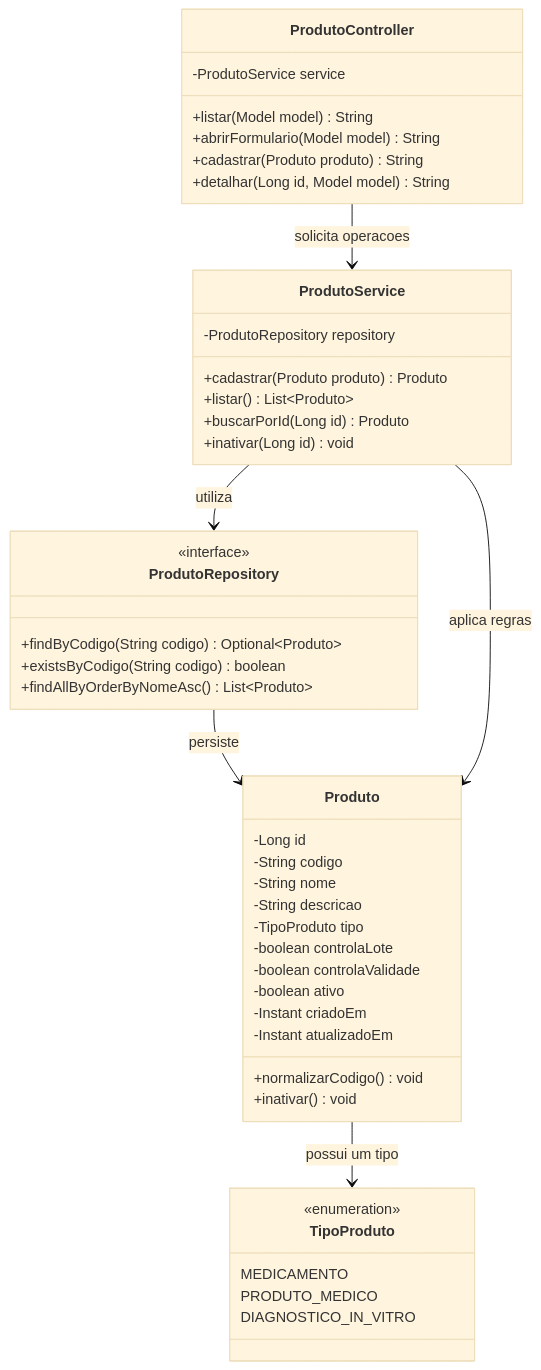
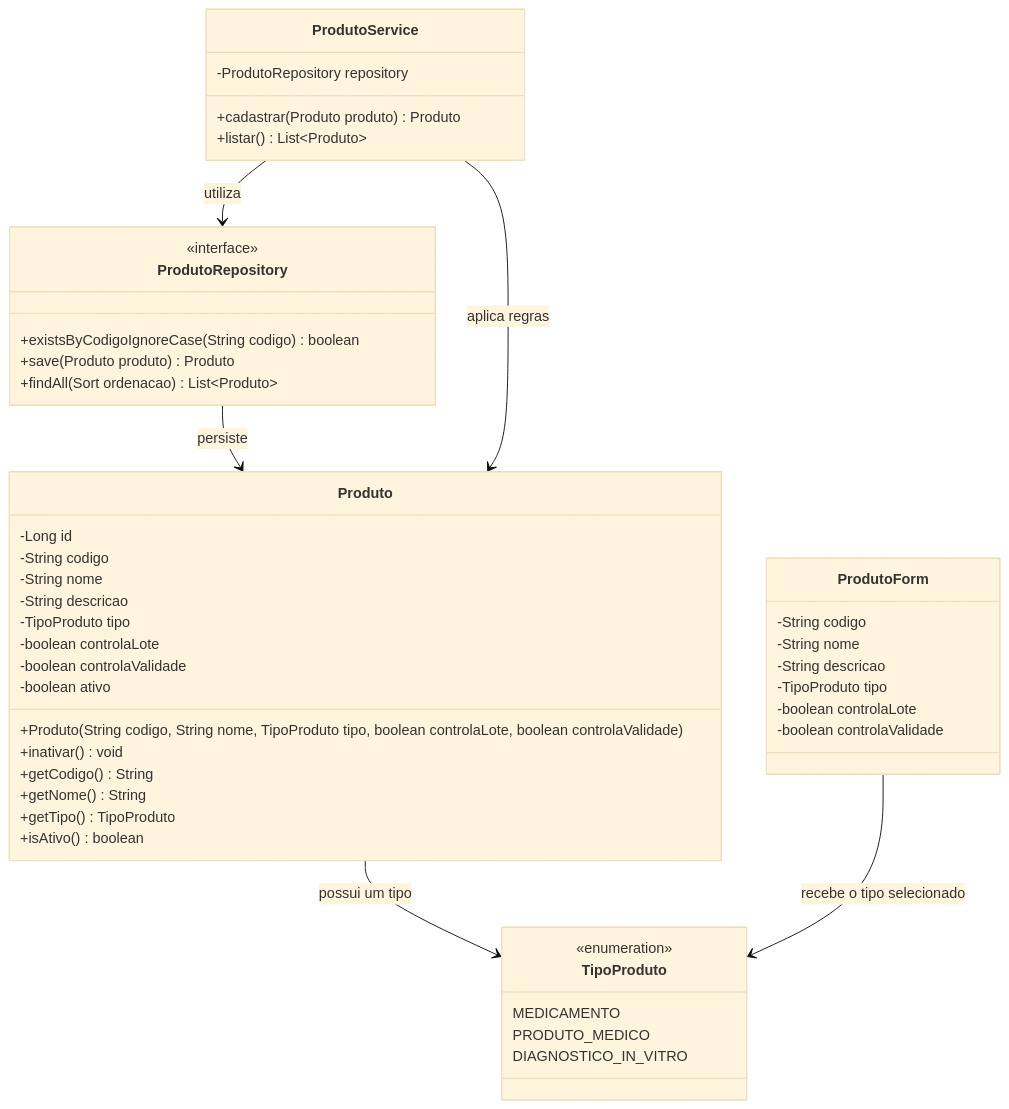
One commit to VictorBlesser/sistema-rastreabilidade changed the first of 3 diagrams in docs/requisitos/02-diagramas-produtos.md. Above: the diagram before and after it, drawn with Mermaid (base theme). The commit also changed other lines of this file and 10 other files, not shown here.

````diff
--- a/docs/requisitos/02-diagramas-produtos.md
+++ b/docs/requisitos/02-diagramas-produtos.md
@@ -30,53 +43,54 @@
 ```mermaid
 classDiagram
     class TipoProduto {
         <<enumeration>>
         MEDICAMENTO
         PRODUTO_MEDICO
         DIAGNOSTICO_IN_VITRO
     }
 
     class Produto {
         -Long id
         -String codigo
         -String nome
         -String descricao
         -TipoProduto tipo
         -boolean controlaLote
         -boolean controlaValidade
         -boolean ativo
-        -Instant criadoEm
-        -Instant atualizadoEm
-        +normalizarCodigo() void
+        +Produto(String codigo, String nome, TipoProduto tipo, boolean controlaLote, boolean controlaValidade)
         +inativar() void
+        +getCodigo() String
+        +getNome() String
+        +getTipo() TipoProduto
+        +isAtivo() boolean
     }
 
     class ProdutoRepository {
         <<interface>>
-        +findByCodigo(String codigo) Optional~Produto~
-        +existsByCodigo(String codigo) boolean
-        +findAllByOrderByNomeAsc() List~Produto~
+        +existsByCodigoIgnoreCase(String codigo) boolean
+        +save(Produto produto) Produto
+        +findAll(Sort ordenacao) List~Produto~
     }
 
     class ProdutoService {
         -ProdutoRepository repository
         +cadastrar(Produto produto) Produto
         +listar() List~Produto~
-        +buscarPorId(Long id) Produto
-        +inativar(Long id) void
     }
 
-    class ProdutoController {
-        -ProdutoService service
-        +listar(Model model) String
-        +abrirFormulario(Model model) String
-        +cadastrar(Produto produto) String
-        +detalhar(Long id, Model model) String
+    class ProdutoForm {
+        -String codigo
+        -String nome
+        -String descricao
+        -TipoProduto tipo
+        -boolean controlaLote
+        -boolean controlaValidade
     }
 
     Produto --> TipoProduto : possui um tipo
     ProdutoRepository --> Produto : persiste
     ProdutoService --> ProdutoRepository : utiliza
     ProdutoService --> Produto : aplica regras
-    ProdutoController --> ProdutoService : solicita operacoes
+    ProdutoForm --> TipoProduto : recebe o tipo selecionado
 ```
````
